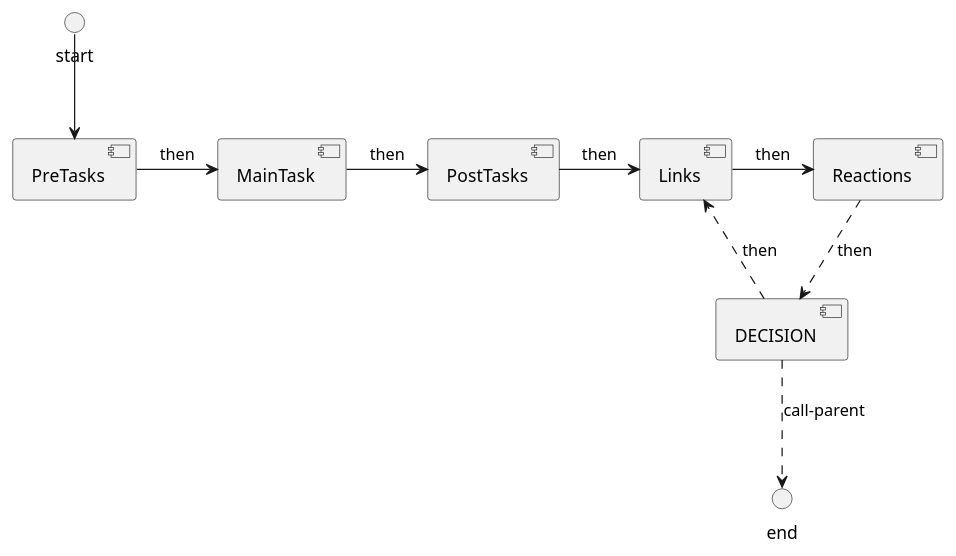
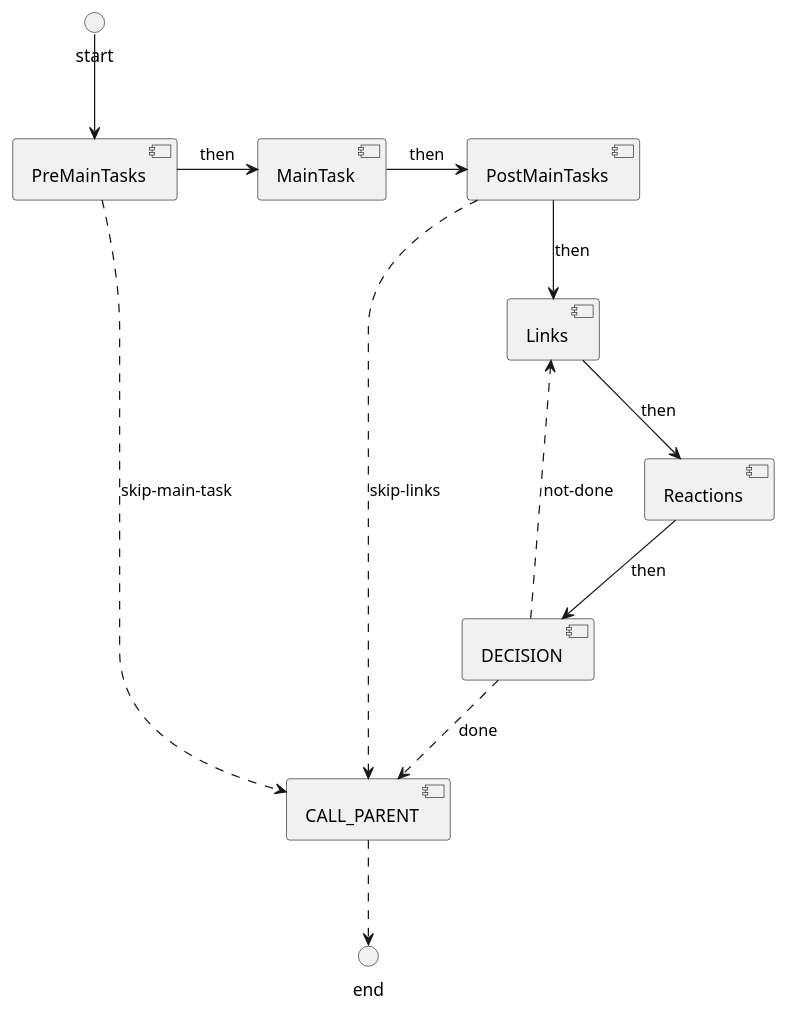
One commit to trav3ll3r/chainReaction changed the diagram in docs/chain_reactor.plantuml. Above: the diagram before and after it, drawn with PlantUML. The commit also changed 8 other files, not shown here.

```diff
--- a/docs/chain_reactor.plantuml
+++ b/docs/chain_reactor.plantuml
@@ -1,13 +1,19 @@
 @startuml
 
-    start --> [PreTasks]
-	[PreTasks] -right-> [MainTask] : then
-	[MainTask] -right-> [PostTasks] : then
-	[PostTasks] -right-> [Links] : then
+    start --> [PreMainTasks]
+	[PreMainTasks] -right-> [MainTask] : then
+	[MainTask] -right-> [PostMainTasks] : then
+	[PostMainTasks] --> [Links] : then
 
-	[Links] -right-> [Reactions] : then
+	[Links] --> [Reactions] : then
 
-	[Reactions] .down.> [DECISION]  : then
-	[DECISION]  .right.> [Links] : then
-	[DECISION]  ..> end : call-parent
+	[Reactions] -down-> [DECISION]  : then
+	[DECISION] .right.> [Links] : not-done
+
+
+	[DECISION] ..> [CALL_PARENT] : done
+	[PreMainTasks] ..> [CALL_PARENT] : skip-main-task
+	[PostMainTasks] ..> [CALL_PARENT] : skip-links
+
+	[CALL_PARENT] ..> end
 @enduml
```
